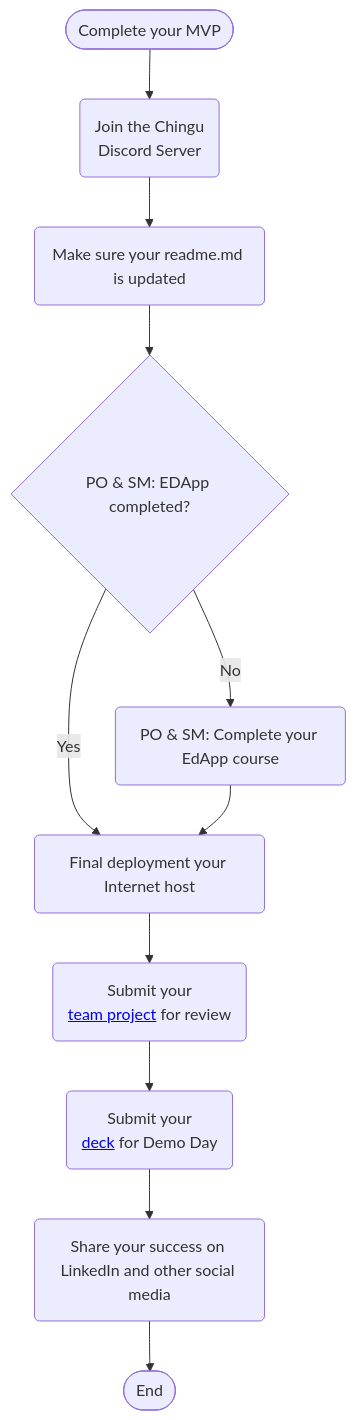
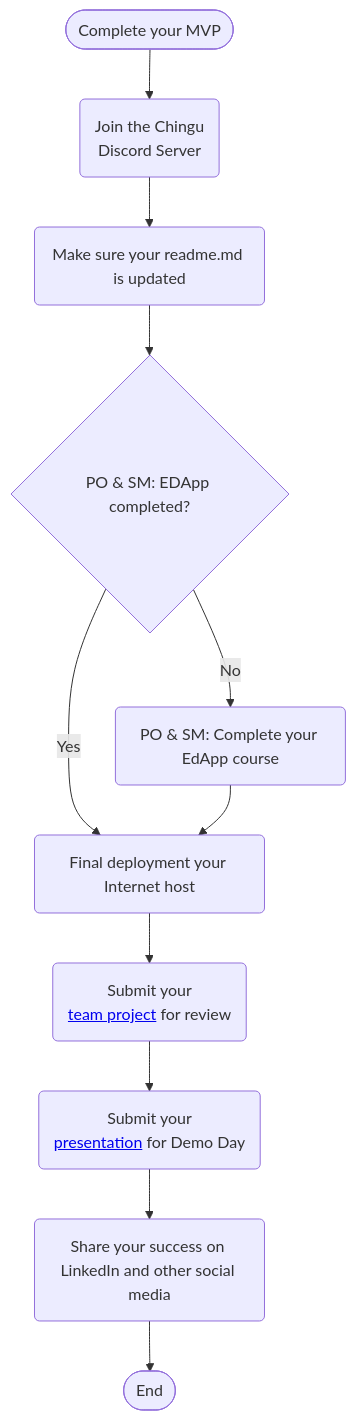
One commit to chingu-voyages/Handbook changed the third of 3 diagrams in docs/guides/voyage/voyage.md. Above: the diagram before and after it, drawn with Mermaid. The commit also changed other lines of this file, not shown here.

Commit message:
Feature: Revise Voyage Closure flowchart

````diff
--- a/docs/guides/voyage/voyage.md
+++ b/docs/guides/voyage/voyage.md
@@ -534,13 +534,13 @@
   ```mermaid
 flowchart TB
    A(["Complete your MVP"]) --> B(Join the Chingu</br>Discord Server);
    B --> C(Make sure your readme.md is updated);
    C --> D{PO & SM: EDApp completed?};
    D -- Yes --> E(Final deployment your Internet host);
    D -- No --> F(PO & SM: Complete your EdApp course);
    F --> E;
    E --> H(Submit your</br><a href='https://forms.gle/zjc4F3fauDiwiz1H9' target='_blank'>team project</a> for review);
-   H --> I(Submit your</br><a href='https://forms.gle/zjc4F3fauDiwiz1H9' target='_blank'>deck</a> for Demo Day);
+   H --> I(Submit your</br><a href='https://forms.gle/zjc4F3fauDiwiz1H9' target='_blank'>presentation</a> for Demo Day);
    I --> J(Share your success on LinkedIn and other social media);
    J --> Z([End]);
 ```
````
